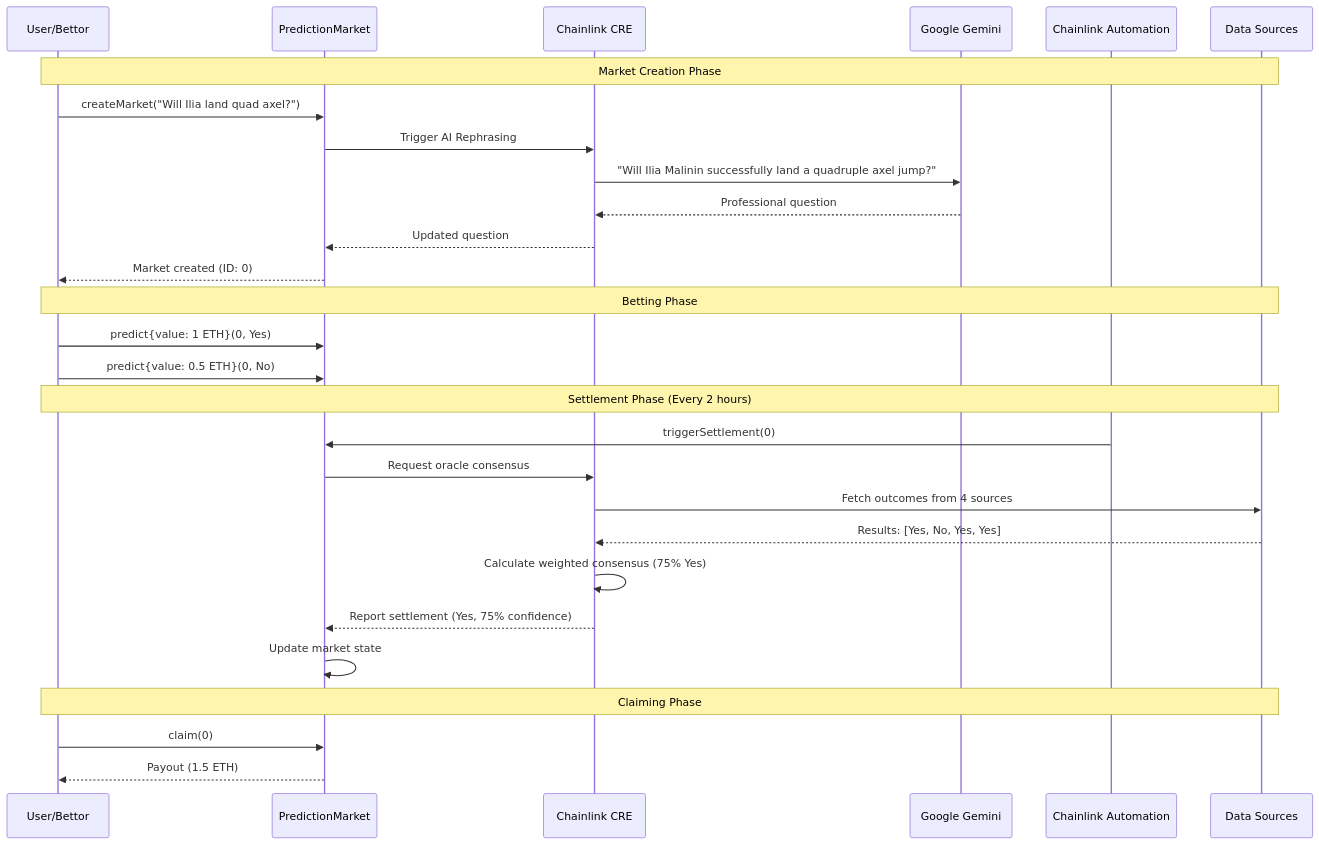
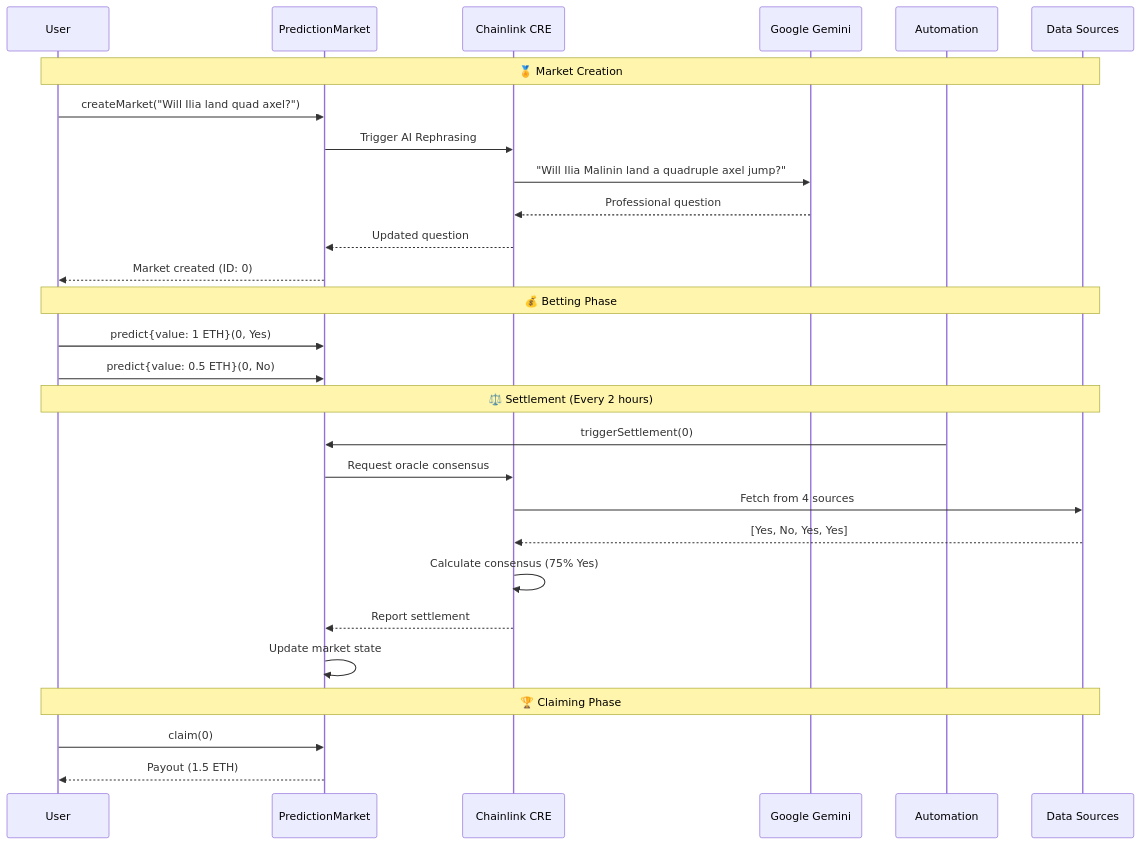
One commit to apeaircreative/olympics-prediction-oracle changed the second of 2 diagrams in README.md. Above: the diagram before and after it, drawn with Mermaid. The commit also changed other lines of this file and 4 other files, not shown here.

First line of the commit message:
Apply visual design principles to all Mermaid diagrams

````diff
--- a/README.md
+++ b/README.md
@@ -96,34 +96,34 @@
 ```mermaid
 sequenceDiagram
-    participant User as User/Bettor
+    participant U as User
     participant PM as PredictionMarket
     participant CRE as Chainlink CRE
     participant AI as Google Gemini
-    participant Auto as Chainlink Automation
-    participant Oracle as Data Sources
+    participant AUTO as Automation
+    participant ORACLE as Data Sources
     
-    Note over User,Oracle: Market Creation Phase
-    User->>PM: createMarket("Will Ilia land quad axel?")
+    Note over U,ORACLE: 🏅 Market Creation
+    U->>PM: createMarket("Will Ilia land quad axel?")
     PM->>CRE: Trigger AI Rephrasing
-    CRE->>AI: "Will Ilia Malinin successfully land a quadruple axel jump?"
+    CRE->>AI: "Will Ilia Malinin land a quadruple axel jump?"
     AI-->>CRE: Professional question
     CRE-->>PM: Updated question
-    PM-->>User: Market created (ID: 0)
+    PM-->>U: Market created (ID: 0)
     
-    Note over User,Oracle: Betting Phase
-    User->>PM: predict{value: 1 ETH}(0, Yes)
-    User->>PM: predict{value: 0.5 ETH}(0, No)
+    Note over U,ORACLE: 💰 Betting Phase
+    U->>PM: predict{value: 1 ETH}(0, Yes)
+    U->>PM: predict{value: 0.5 ETH}(0, No)
     
-    Note over User,Oracle: Settlement Phase (Every 2 hours)
-    Auto->>PM: triggerSettlement(0)
+    Note over U,ORACLE: ⚖️ Settlement (Every 2 hours)
+    AUTO->>PM: triggerSettlement(0)
     PM->>CRE: Request oracle consensus
-    CRE->>Oracle: Fetch outcomes from 4 sources
-    Oracle-->>CRE: Results: [Yes, No, Yes, Yes]
-    CRE->>CRE: Calculate weighted consensus (75% Yes)
-    CRE-->>PM: Report settlement (Yes, 75% confidence)
+    CRE->>ORACLE: Fetch from 4 sources
+    ORACLE-->>CRE: [Yes, No, Yes, Yes]
+    CRE->>CRE: Calculate consensus (75% Yes)
+    CRE-->>PM: Report settlement
     PM->>PM: Update market state
     
-    Note over User,Oracle: Claiming Phase
-    User->>PM: claim(0)
-    PM-->>User: Payout (1.5 ETH)
+    Note over U,ORACLE: 🏆 Claiming Phase
+    U->>PM: claim(0)
+    PM-->>U: Payout (1.5 ETH)
 ```
````
